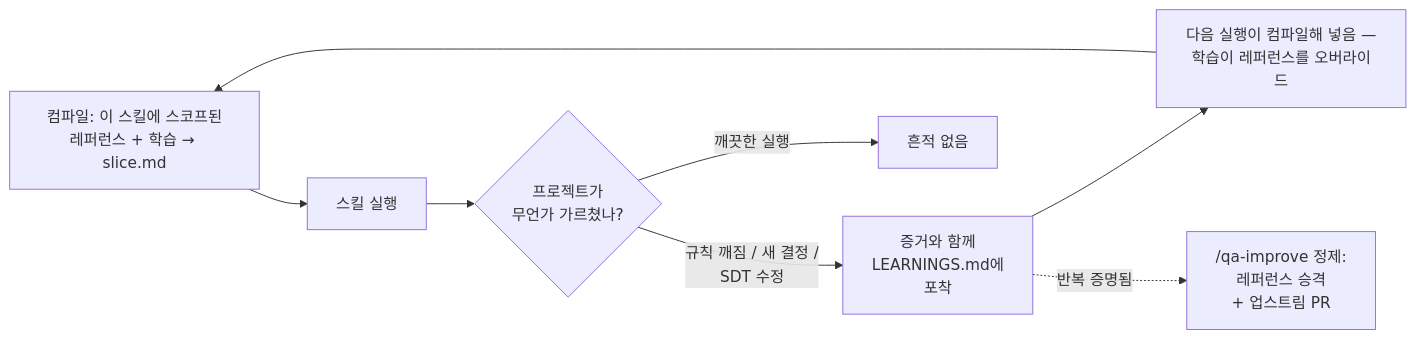
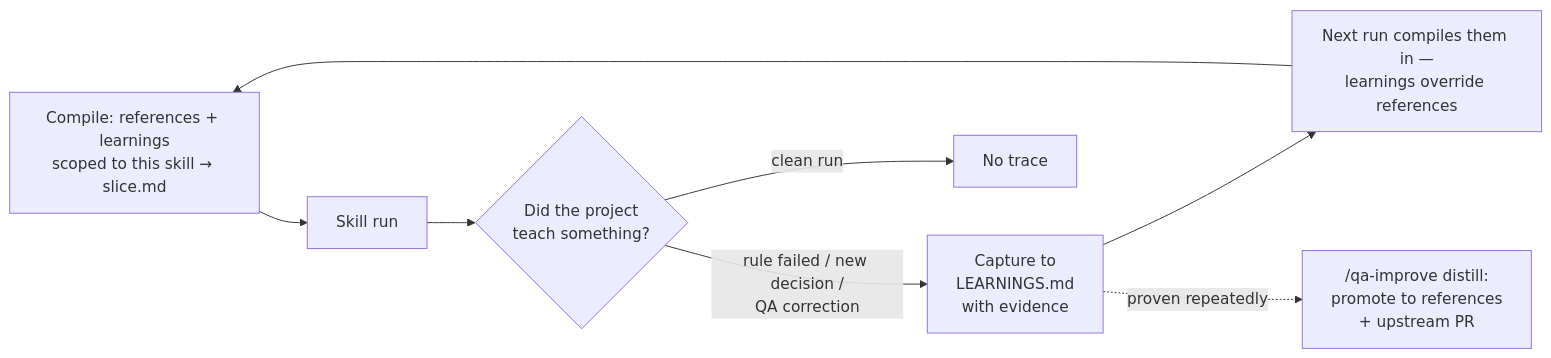
One commit to TimothyHan/qa-buddy-skills changed the diagram in README.md. Above: the diagram before and after it, drawn with Mermaid. The commit also changed other lines of this file and 8 other files, not shown here.

````diff
--- a/README.md
+++ b/README.md
@@ -251,10 +267,10 @@
 ```mermaid
 flowchart LR
-    Z[컴파일: 이 스킬에 스코프된<br>레퍼런스 + 학습 → slice.md] --> A[스킬 실행]
-    A --> B{프로젝트가<br>무언가 가르쳤나?}
-    B -- "규칙 깨짐 / 새 결정 /<br>SDT 수정" --> C[증거와 함께<br>LEARNINGS.md에<br>포착]
-    B -- 깨끗한 실행 --> D[흔적 없음]
-    C --> E[다음 실행이 컴파일해 넣음 —<br>학습이 레퍼런스를 오버라이드]
+    Z[Compile: references + learnings<br>scoped to this skill → slice.md] --> A[Skill run]
+    A --> B{Did the project<br>teach something?}
+    B -- "rule failed / new decision /<br>QA correction" --> C[Capture to<br>LEARNINGS.md<br>with evidence]
+    B -- clean run --> D[No trace]
+    C --> E[Next run compiles them in —<br>learnings override references]
     E --> Z
-    C -. 반복 증명됨 .-> F["/qa-improve 정제:<br>레퍼런스 승격<br>+ 업스트림 PR"]
+    C -. proven repeatedly .-> F["/qa-improve distill:<br>promote to references<br>+ upstream PR"]
 ```
````
